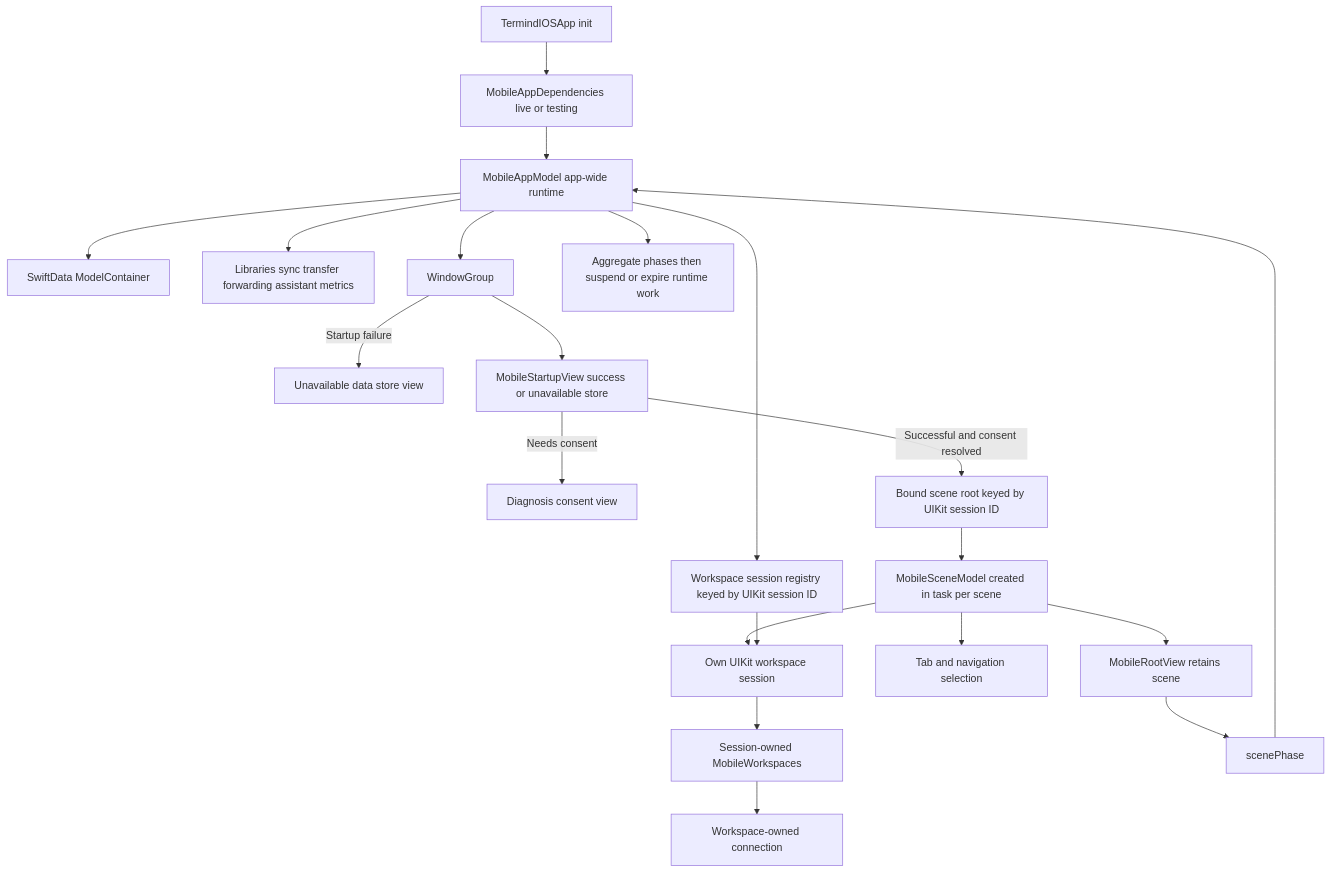
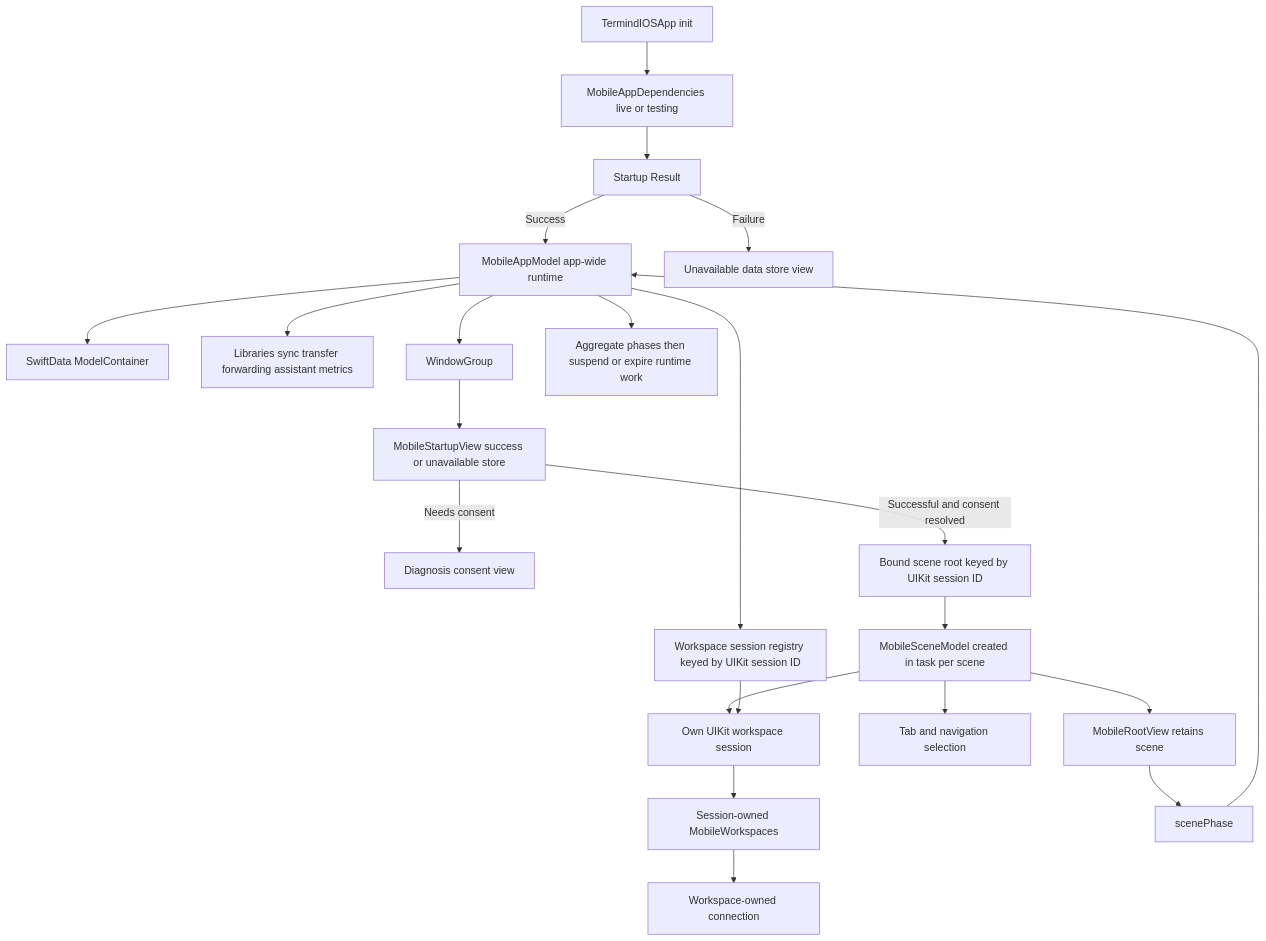
Before and after one commit to AkinoKaede/Termind: the fourth of 7 diagrams in openwiki/architecture/platform-runtime.md, drawn with Mermaid. The commit also changed other lines of this file and 63 other files, not shown here.

````diff
--- a/openwiki/architecture/platform-runtime.md
+++ b/openwiki/architecture/platform-runtime.md
@@ -327,23 +325,24 @@
 ```mermaid
 flowchart TD
     Launch["TermindIOSApp init"] --> Deps["MobileAppDependencies live or testing"]
-    Deps --> MobileApp["MobileAppModel app-wide runtime"]
+    Deps --> Result["Startup Result"]
+    Result -->|"Success"| MobileApp["MobileAppModel app-wide runtime"]
+    Result -->|"Failure"| Unavailable["Unavailable data store view"]
     MobileApp --> Container["SwiftData ModelContainer"]
     MobileApp --> Services["Libraries sync transfer forwarding assistant metrics"]
     MobileApp --> Sessions["Workspace session registry keyed by UIKit session ID"]
     MobileApp --> Group["WindowGroup"]
-    Group -->|"Startup failure"| Unavailable["Unavailable data store view"]
     Group --> Startup["MobileStartupView success or unavailable store"]
     Startup -->|"Needs consent"| Consent["Diagnosis consent view"]
     Startup -->|"Successful and consent resolved"| Bound["Bound scene root keyed by UIKit session ID"]
     Bound --> Scene["MobileSceneModel created in task per scene"]
     Scene --> Root["MobileRootView retains scene"]
     Scene --> Nav["Tab and navigation selection"]
     Scene --> Owner["Own UIKit workspace session"]
     Sessions --> Owner
     Owner --> Workspace["Session-owned MobileWorkspaces"]
     Workspace --> Transport["Workspace-owned connection"]
     Root --> Phase["scenePhase"]
     Phase --> MobileApp
     MobileApp --> Background["Aggregate phases then suspend or expire runtime work"]
 ```
````
